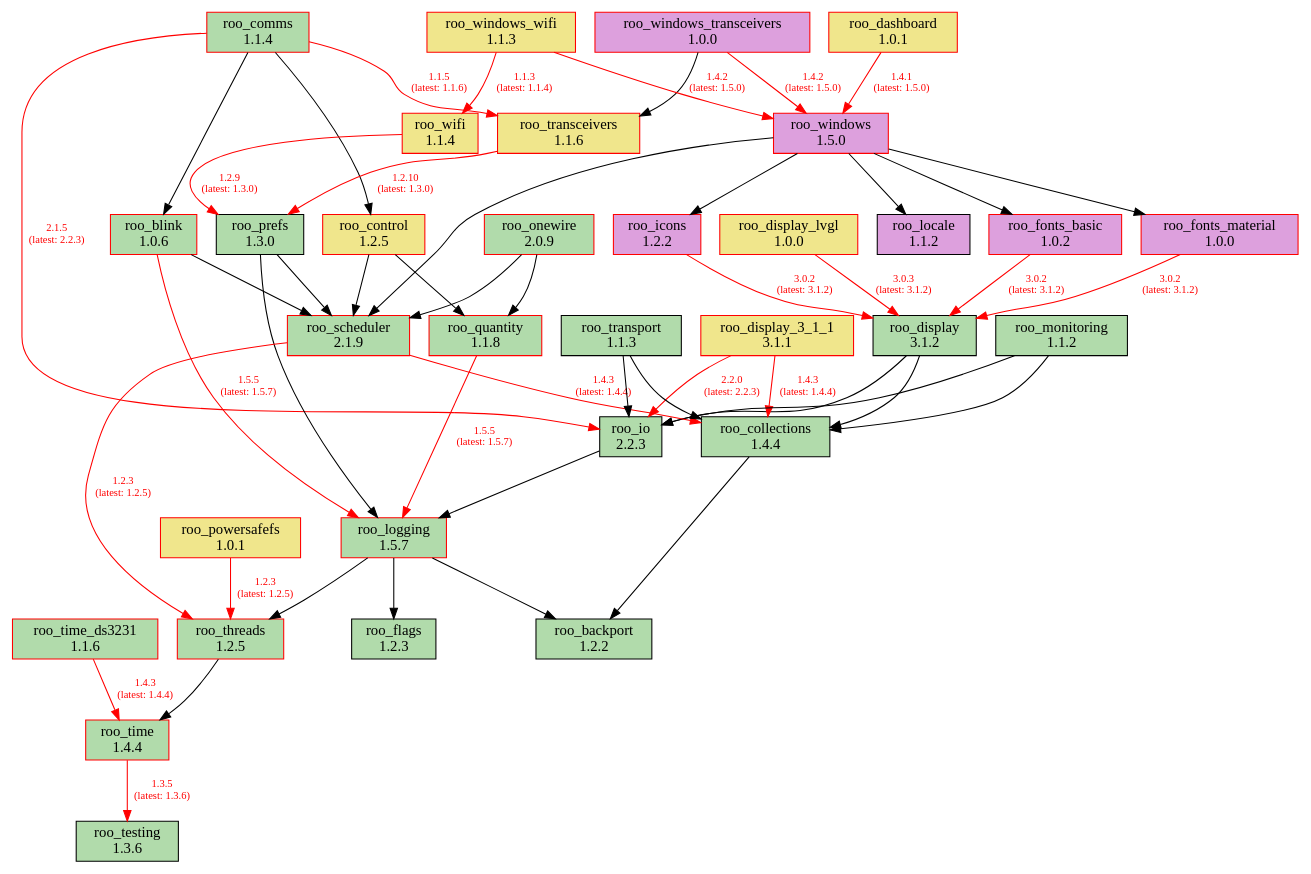
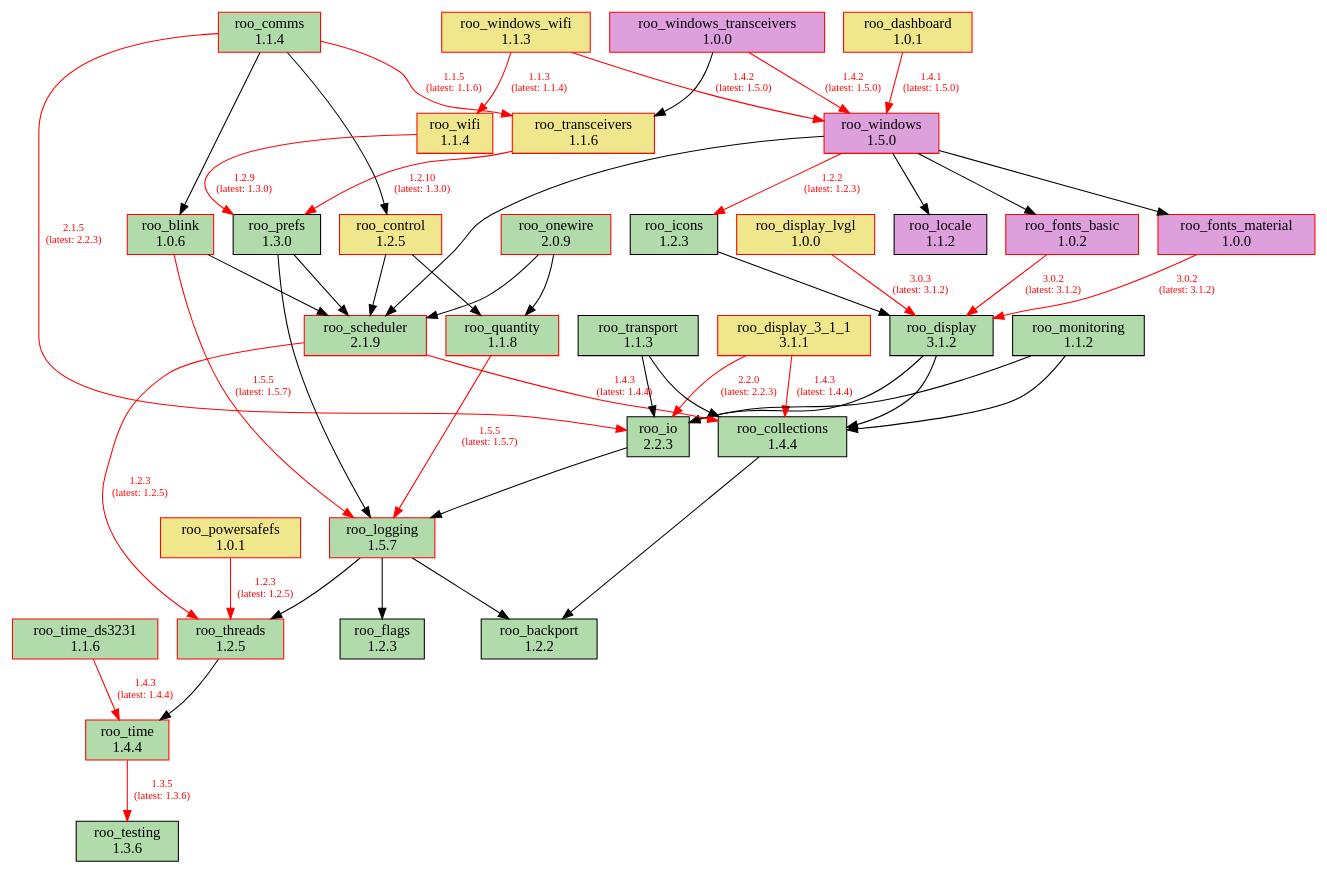
The diagram in doc/dependencies.dot (dejwk/roo-registry), drawn with Graphviz before and after one commit. The commit also changed 3 other files, not shown here.

Commit message:
Added roo_icons 1.2.3 to the registry.

```diff
--- a/doc/dependencies.dot
+++ b/doc/dependencies.dot
@@ -1,89 +1,89 @@
 digraph dependencies {
     rankdir=TB;
     node [shape=box, style=filled];
     edge [fontsize=10];
 
     // Modules
     "roo_backport" [label="roo_backport\n1.2.2", fillcolor="#b1dbab", color="black"];
     "roo_blink" [label="roo_blink\n1.0.6", fillcolor="#b1dbab", color="red"];
     "roo_collections" [label="roo_collections\n1.4.4", fillcolor="#b1dbab", color="black"];
     "roo_comms" [label="roo_comms\n1.1.4", fillcolor="#b1dbab", color="red"];
     "roo_control" [label="roo_control\n1.2.5", fillcolor="khaki", color="red"];
     "roo_dashboard" [label="roo_dashboard\n1.0.1", fillcolor="khaki", color="red"];
     "roo_display" [label="roo_display\n3.1.2", fillcolor="#b1dbab", color="black"];
     "roo_display_3_1_1" [label="roo_display_3_1_1\n3.1.1", fillcolor="khaki", color="red"];
     "roo_display_lvgl" [label="roo_display_lvgl\n1.0.0", fillcolor="khaki", color="red"];
     "roo_flags" [label="roo_flags\n1.2.3", fillcolor="#b1dbab", color="black"];
     "roo_fonts_basic" [label="roo_fonts_basic\n1.0.2", fillcolor="plum", color="red"];
     "roo_fonts_material" [label="roo_fonts_material\n1.0.0", fillcolor="plum", color="red"];
-    "roo_icons" [label="roo_icons\n1.2.2", fillcolor="plum", color="red"];
+    "roo_icons" [label="roo_icons\n1.2.3", fillcolor="#b1dbab", color="black"];
     "roo_io" [label="roo_io\n2.2.3", fillcolor="#b1dbab", color="black"];
     "roo_locale" [label="roo_locale\n1.1.2", fillcolor="plum", color="black"];
     "roo_logging" [label="roo_logging\n1.5.7", fillcolor="#b1dbab", color="red"];
     "roo_monitoring" [label="roo_monitoring\n1.1.2", fillcolor="#b1dbab", color="black"];
     "roo_onewire" [label="roo_onewire\n2.0.9", fillcolor="#b1dbab", color="red"];
     "roo_powersafefs" [label="roo_powersafefs\n1.0.1", fillcolor="khaki", color="red"];
     "roo_prefs" [label="roo_prefs\n1.3.0", fillcolor="#b1dbab", color="black"];
     "roo_quantity" [label="roo_quantity\n1.1.8", fillcolor="#b1dbab", color="red"];
     "roo_scheduler" [label="roo_scheduler\n2.1.9", fillcolor="#b1dbab", color="red"];
     "roo_testing" [label="roo_testing\n1.3.6", fillcolor="#b1dbab", color="black"];
     "roo_threads" [label="roo_threads\n1.2.5", fillcolor="#b1dbab", color="red"];
     "roo_time" [label="roo_time\n1.4.4", fillcolor="#b1dbab", color="red"];
     "roo_time_ds3231" [label="roo_time_ds3231\n1.1.6", fillcolor="#b1dbab", color="red"];
     "roo_transceivers" [label="roo_transceivers\n1.1.6", fillcolor="khaki", color="red"];
     "roo_transport" [label="roo_transport\n1.1.3", fillcolor="#b1dbab", color="black"];
     "roo_wifi" [label="roo_wifi\n1.1.4", fillcolor="khaki", color="red"];
     "roo_windows" [label="roo_windows\n1.5.0", fillcolor="plum", color="red"];
     "roo_windows_transceivers" [label="roo_windows_transceivers\n1.0.0", fillcolor="plum", color="red"];
     "roo_windows_wifi" [label="roo_windows_wifi\n1.1.3", fillcolor="khaki", color="red"];
 
     // Dependencies
     "roo_blink" -> "roo_logging" [color=red, fontcolor=red, label="1.5.5\n(latest: 1.5.7)"];
     "roo_blink" -> "roo_scheduler";
     "roo_collections" -> "roo_backport";
     "roo_comms" -> "roo_blink";
     "roo_comms" -> "roo_control";
     "roo_comms" -> "roo_io" [color=red, fontcolor=red, label="2.1.5\n(latest: 2.2.3)"];
     "roo_comms" -> "roo_transceivers" [color=red, fontcolor=red, label="1.1.5\n(latest: 1.1.6)"];
     "roo_control" -> "roo_quantity";
     "roo_control" -> "roo_scheduler";
     "roo_dashboard" -> "roo_windows" [color=red, fontcolor=red, label="1.4.1\n(latest: 1.5.0)"];
     "roo_display" -> "roo_collections";
     "roo_display" -> "roo_io";
     "roo_display_3_1_1" -> "roo_collections" [color=red, fontcolor=red, label="1.4.3\n(latest: 1.4.4)"];
     "roo_display_3_1_1" -> "roo_io" [color=red, fontcolor=red, label="2.2.0\n(latest: 2.2.3)"];
     "roo_display_lvgl" -> "roo_display" [color=red, fontcolor=red, label="3.0.3\n(latest: 3.1.2)"];
     "roo_fonts_basic" -> "roo_display" [color=red, fontcolor=red, label="3.0.2\n(latest: 3.1.2)"];
     "roo_fonts_material" -> "roo_display" [color=red, fontcolor=red, label="3.0.2\n(latest: 3.1.2)"];
-    "roo_icons" -> "roo_display" [color=red, fontcolor=red, label="3.0.2\n(latest: 3.1.2)"];
+    "roo_icons" -> "roo_display";
     "roo_io" -> "roo_logging";
     "roo_logging" -> "roo_backport";
     "roo_logging" -> "roo_flags";
     "roo_logging" -> "roo_threads";
     "roo_monitoring" -> "roo_collections";
     "roo_monitoring" -> "roo_io";
     "roo_onewire" -> "roo_scheduler";
     "roo_onewire" -> "roo_quantity";
     "roo_powersafefs" -> "roo_threads" [color=red, fontcolor=red, label="1.2.3\n(latest: 1.2.5)"];
     "roo_prefs" -> "roo_logging";
     "roo_prefs" -> "roo_scheduler";
     "roo_quantity" -> "roo_logging" [color=red, fontcolor=red, label="1.5.5\n(latest: 1.5.7)"];
     "roo_scheduler" -> "roo_collections" [color=red, fontcolor=red, label="1.4.3\n(latest: 1.4.4)"];
     "roo_scheduler" -> "roo_threads" [color=red, fontcolor=red, label="1.2.3\n(latest: 1.2.5)"];
     "roo_threads" -> "roo_time";
     "roo_time" -> "roo_testing" [color=red, fontcolor=red, label="1.3.5\n(latest: 1.3.6)"];
     "roo_time_ds3231" -> "roo_time" [color=red, fontcolor=red, label="1.4.3\n(latest: 1.4.4)"];
     "roo_transceivers" -> "roo_prefs" [color=red, fontcolor=red, label="1.2.10\n(latest: 1.3.0)"];
     "roo_transport" -> "roo_collections";
     "roo_transport" -> "roo_io";
     "roo_wifi" -> "roo_prefs" [color=red, fontcolor=red, label="1.2.9\n(latest: 1.3.0)"];
     "roo_windows" -> "roo_fonts_basic";
     "roo_windows" -> "roo_fonts_material";
     "roo_windows" -> "roo_locale";
-    "roo_windows" -> "roo_icons";
+    "roo_windows" -> "roo_icons" [color=red, fontcolor=red, label="1.2.2\n(latest: 1.2.3)"];
     "roo_windows" -> "roo_scheduler";
     "roo_windows_transceivers" -> "roo_transceivers";
     "roo_windows_transceivers" -> "roo_windows" [color=red, fontcolor=red, label="1.4.2\n(latest: 1.5.0)"];
     "roo_windows_wifi" -> "roo_wifi" [color=red, fontcolor=red, label="1.1.3\n(latest: 1.1.4)"];
     "roo_windows_wifi" -> "roo_windows" [color=red, fontcolor=red, label="1.4.2\n(latest: 1.5.0)"];
 }
```
